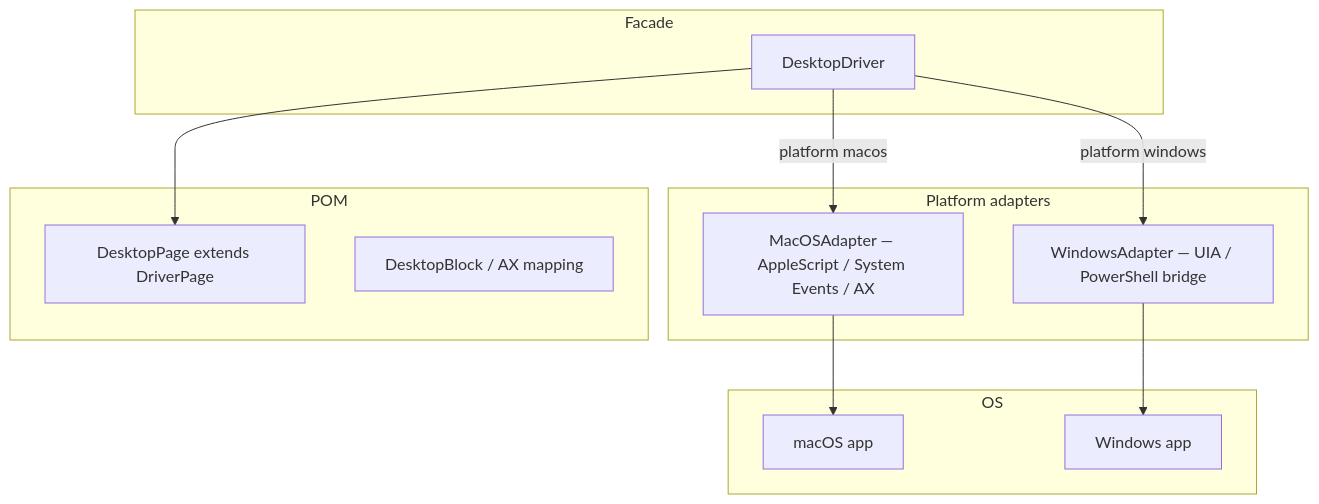
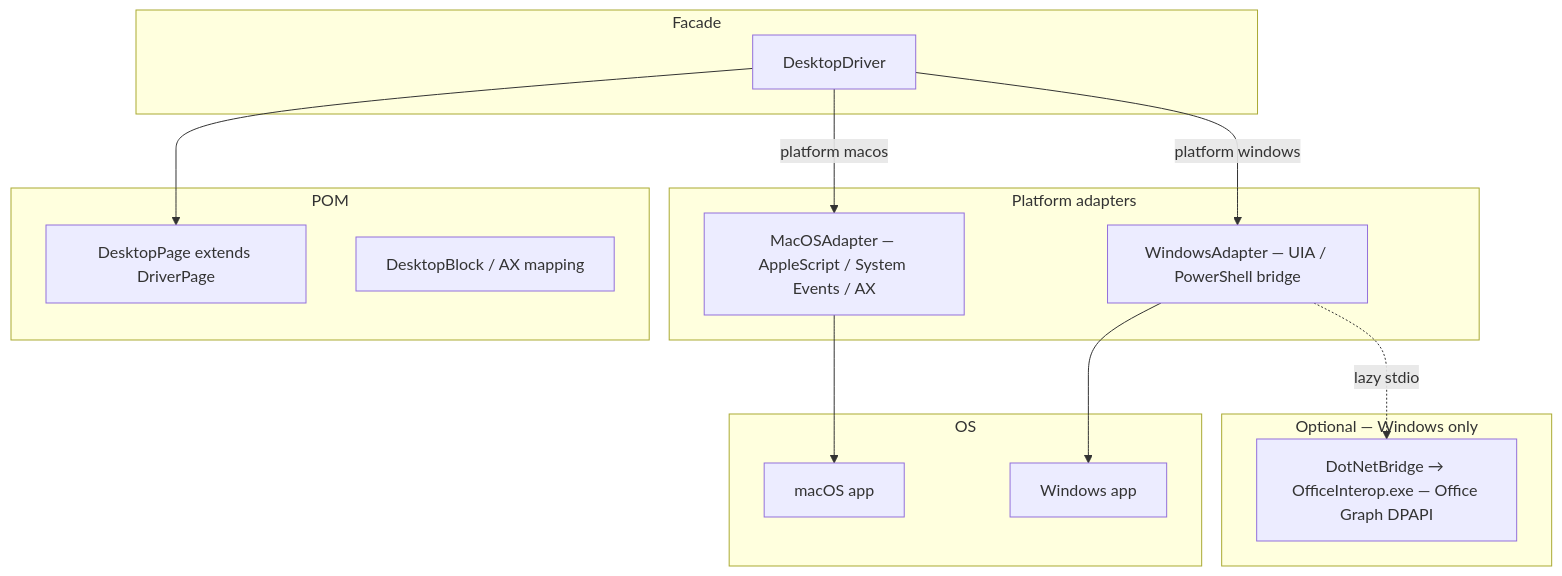
One commit to ravichandola/Avengers changed the fourth of 6 diagrams in docs/architecture/overview.md. Above: the diagram before and after it, drawn with Mermaid. The commit also changed other lines of this file and 21 other files, not shown here.

````diff
--- a/docs/architecture/overview.md
+++ b/docs/architecture/overview.md
@@ -467,23 +467,27 @@
 ```mermaid
 flowchart TB
   subgraph facade [Facade]
     DD[DesktopDriver]
   end
   subgraph adapters [Platform adapters]
     MAC[MacOSAdapter — AppleScript / System Events / AX]
     WIN[WindowsAdapter — UIA / PowerShell bridge]
   end
+  subgraph sidecar [Optional — Windows only]
+    DOT[DotNetBridge → OfficeInterop.exe — Office Graph DPAPI]
+  end
   subgraph os [OS]
     M[macOS app]
     W[Windows app]
   end
   DD -->|platform macos| MAC
   DD -->|platform windows| WIN
   MAC --> M
   WIN --> W
+  WIN -. lazy stdio .-> DOT
   subgraph desktoppom [POM]
     DP[DesktopPage extends DriverPage]
     DB[DesktopBlock / AX mapping]
   end
   DD --> DP
 ```
````
